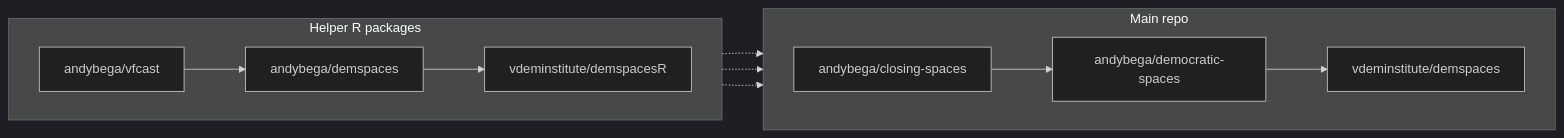
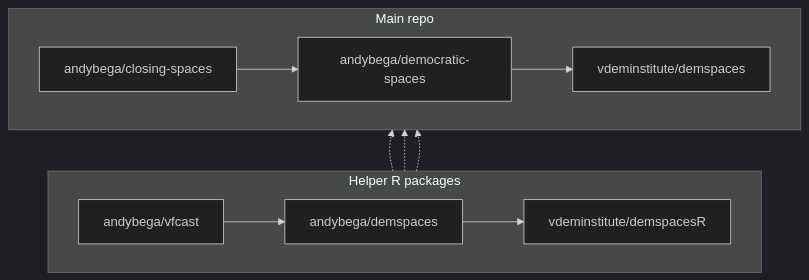
One commit to vdeminstitute/demspaces changed the diagram in DEVNOTES.md. Above: the diagram before and after it, drawn with Mermaid (dark theme).

Commit message:
change diagram orientation for page width

````diff
--- a/DEVNOTES.md
+++ b/DEVNOTES.md
@@ -8,24 +8,24 @@
 ```mermaid
-flowchart LR
+flowchart BT
     subgraph main [Main repo]
         direction LR
         vd[vdeminstitute/demspaces]
         ad[andybega/democratic-spaces]
         acs[andybega/closing-spaces]
         acs --> ad
         ad --> vd
     end
     
     subgraph helper [Helper R packages]
         direction LR
         av[andybega/vfcast]
         adr[andybega/demspaces]
         vdr[vdeminstitute/demspacesR]
         av --> adr
         adr --> vdr
     end
 
     vdr -.-> vd
     adr -.-> ad
     av -.->  acs
 ```
````
